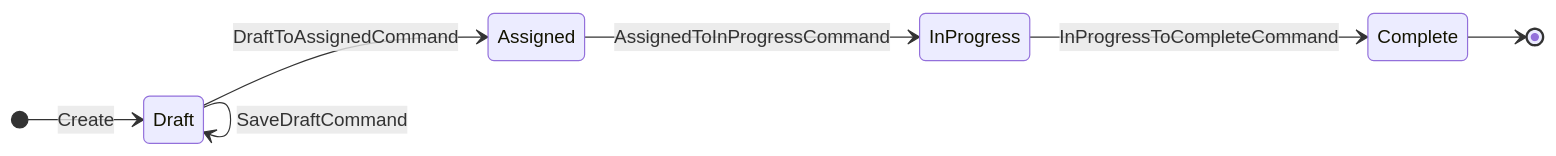
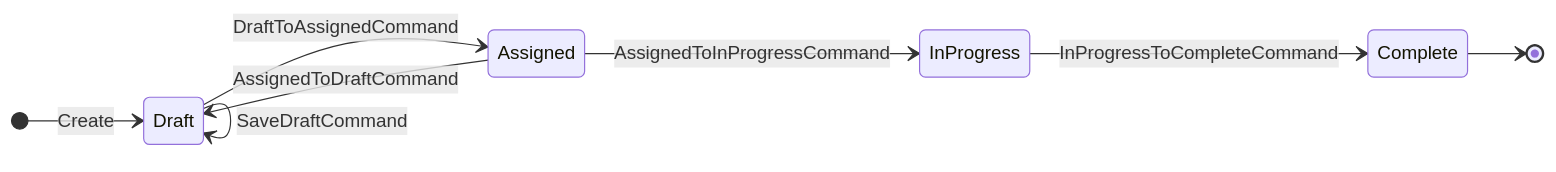
Before and after one commit to ClearMeasureLabs/bootcamp-palermo-workorders: the diagram in arch/arch-state-workorder.md, drawn with Mermaid. The commit also changed 10 other files, not shown here.

Commit message:
Add AssignedToDraftCommand to allow creator to unassign work orders back to Draft status

````diff
--- a/arch/arch-state-workorder.md
+++ b/arch/arch-state-workorder.md
@@ -3,15 +3,16 @@
 ```mermaid
 stateDiagram-v2
     direction LR
 
     [*] --> Draft : Create
 
     Draft --> Draft : SaveDraftCommand
     Draft --> Assigned : DraftToAssignedCommand
 
     Assigned --> InProgress : AssignedToInProgressCommand
+    Assigned --> Draft : AssignedToDraftCommand
 
     InProgress --> Complete : InProgressToCompleteCommand
 
     Complete --> [*]
 ```
````
